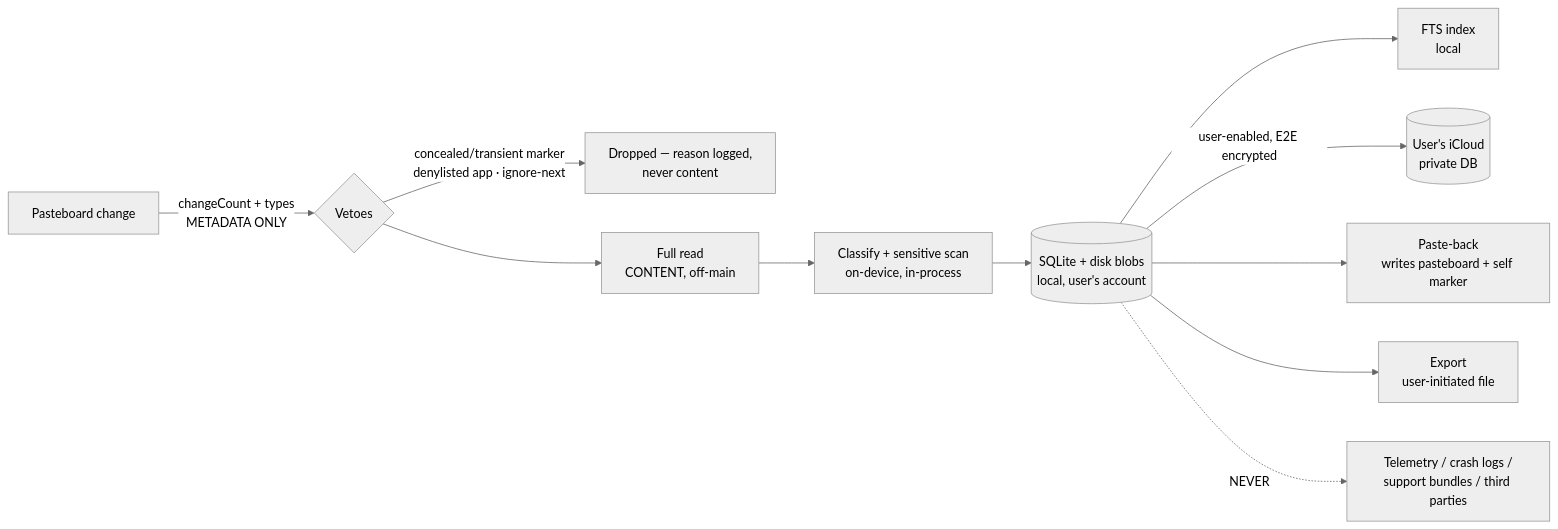
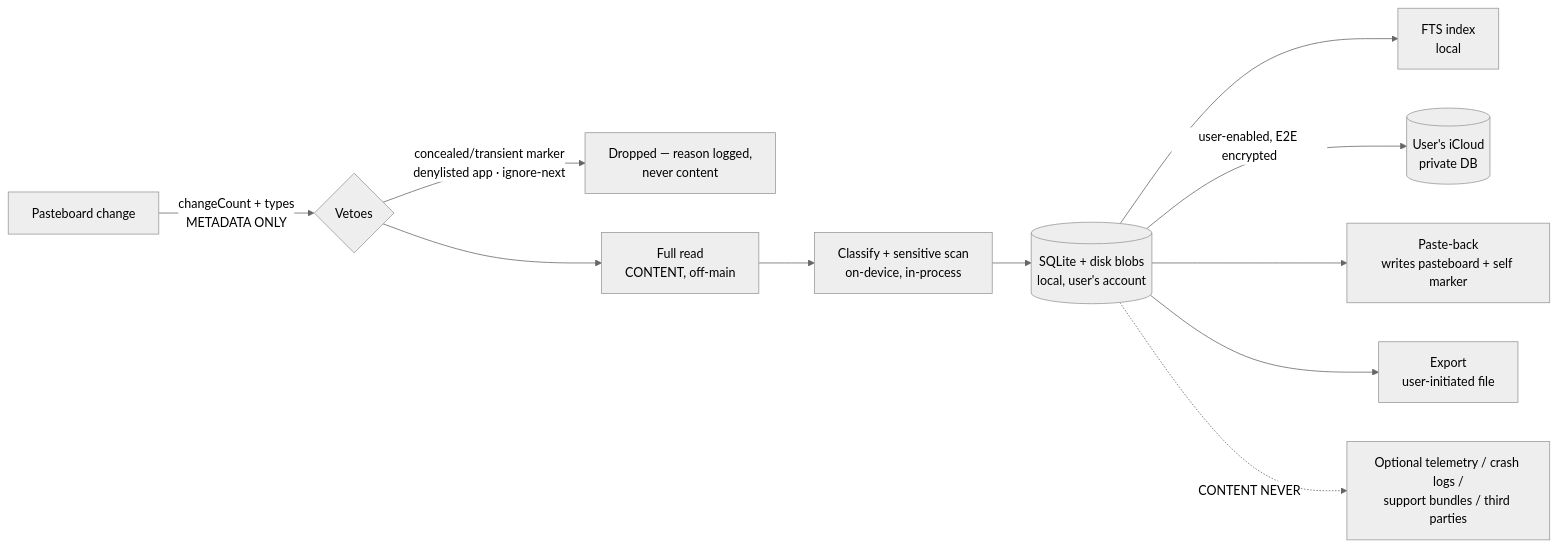
Before and after one commit to johnny4young/gancho: the diagram in docs/SECURITY-MODEL.md, drawn with Mermaid (neutral theme). The commit also changed other lines of this file and 20 other files, not shown here.

````diff
--- a/docs/SECURITY-MODEL.md
+++ b/docs/SECURITY-MODEL.md
@@ -10,13 +10,13 @@
 ```mermaid
 flowchart LR
     A[Pasteboard change] -->|changeCount + types\nMETADATA ONLY| B{Vetoes}
     B -->|concealed/transient marker\ndenylisted app · ignore-next| X[Dropped — reason logged,\nnever content]
     B --> C[Full read\nCONTENT, off-main]
     C --> D[Classify + sensitive scan\non-device, in-process]
     D --> E[(SQLite + disk blobs\nlocal, user's account)]
     E --> F[FTS index\nlocal]
     E -->|user-enabled, E2E encrypted| G[(User's iCloud\nprivate DB)]
     E --> H[Paste-back\nwrites pasteboard + self marker]
     E --> I[Export\nuser-initiated file]
-    E -.->|NEVER| T[Telemetry / crash logs /\nsupport bundles / third parties]
+    E -.->|CONTENT NEVER| T[Optional telemetry / crash logs /\nsupport bundles / third parties]
 ```
````
